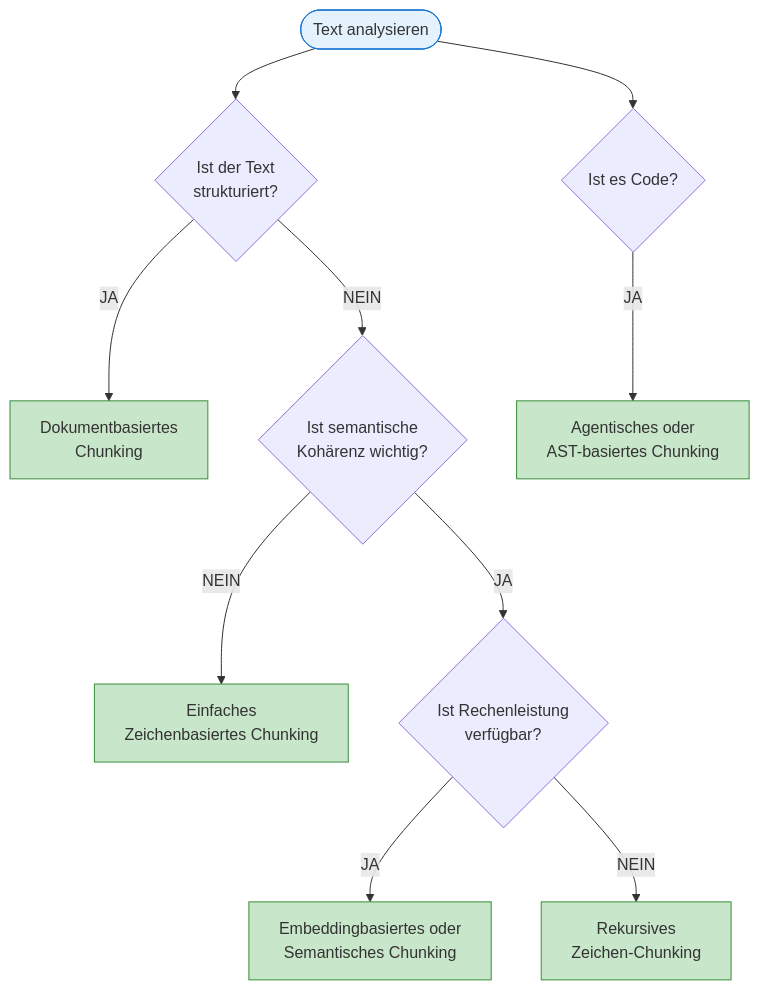
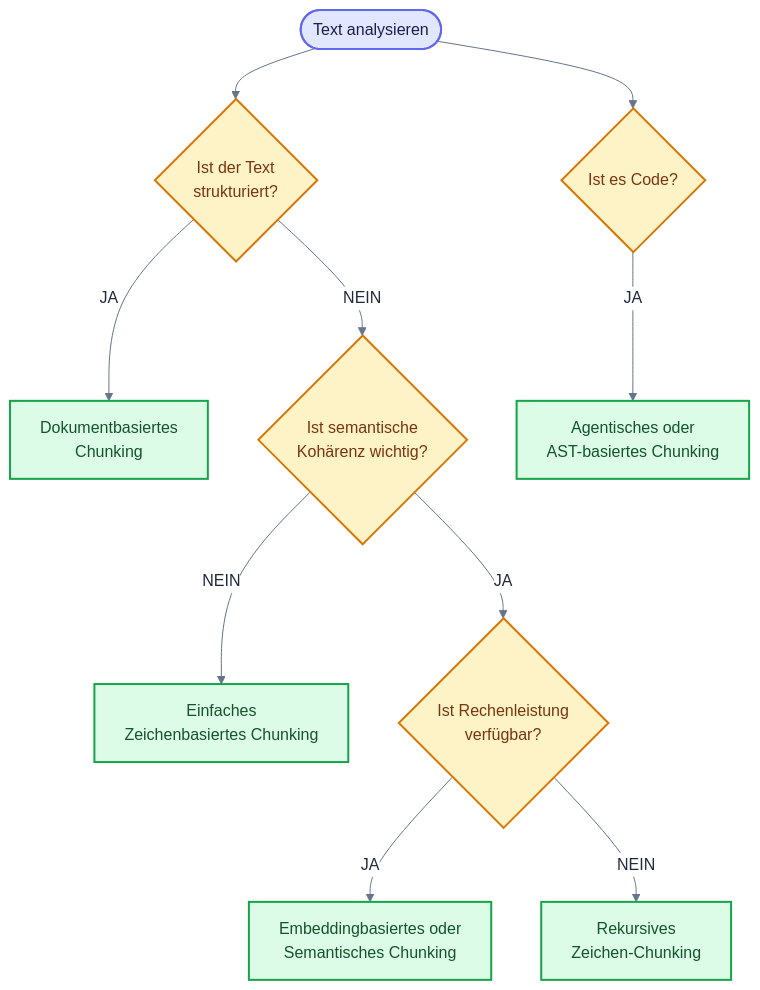
Before and after one commit to ralf-42/GenAI: the diagram in docs/03-grundlagen/tokenizing-chunking.md, drawn with Mermaid. The commit also changed 25 other files, not shown here.

````diff
--- a/docs/03-grundlagen/tokenizing-chunking.md
+++ b/docs/03-grundlagen/tokenizing-chunking.md
@@ -225,23 +225,42 @@
 ```mermaid
+---
+config:
+  theme: base
+  look: classic
+  themeVariables:
+    primaryColor: '#e0f2fe'
+    primaryBorderColor: '#0284c7'
+    primaryTextColor: '#1e293b'
+    lineColor: '#64748b'
+    clusterBkg: '#f8fafc'
+    clusterBorder: '#cbd5e1'
+    noteBkgColor: '#fef3c7'
+    noteBorderColor: '#d97706'
+    noteTextColor: '#78350f'
+    edgeLabelBackground: '#ffffff'
+---
+
 flowchart TD
     START([Text analysieren]) --> Q1{Ist der Text<br>strukturiert?}
 
     Q1 -->|JA| DOK[Dokumentbasiertes<br>Chunking]
     Q1 -->|NEIN| Q2{Ist semantische<br>Kohärenz wichtig?}
 
     Q2 -->|NEIN| ZEICHEN[Einfaches<br>Zeichenbasiertes Chunking]
     Q2 -->|JA| Q3{Ist Rechenleistung<br>verfügbar?}
 
     Q3 -->|JA| EMBED[Embeddingbasiertes oder<br>Semantisches Chunking]
     Q3 -->|NEIN| REKURSIV[Rekursives<br>Zeichen-Chunking]
 
     START --> Q4{Ist es Code?}
     Q4 -->|JA| AGENT[Agentisches oder<br>AST-basiertes Chunking]
 
-    style START fill:#e3f2fd,stroke:#1976d2
-    style DOK fill:#c8e6c9,stroke:#388e3c
-    style ZEICHEN fill:#c8e6c9,stroke:#388e3c
-    style EMBED fill:#c8e6c9,stroke:#388e3c
-    style REKURSIV fill:#c8e6c9,stroke:#388e3c
-    style AGENT fill:#c8e6c9,stroke:#388e3c
+%% Funktionsfarben nach Mermaid_Best_Practices.md
+classDef default fill:#e0f2fe,stroke:#0284c7,stroke-width:2px,color:#0c4a6e;
+classDef input fill:#e0e7ff,stroke:#6366f1,stroke-width:2px,color:#1e1b4b;
+classDef metric fill:#fef3c7,stroke:#d97706,stroke-width:2px,color:#78350f;
+classDef output fill:#dcfce7,stroke:#16a34a,stroke-width:2px,color:#14532d;
+class START input;
+class Q1,Q2,Q3,Q4 metric;
+class DOK,ZEICHEN,EMBED,REKURSIV,AGENT output;
 ```
````
